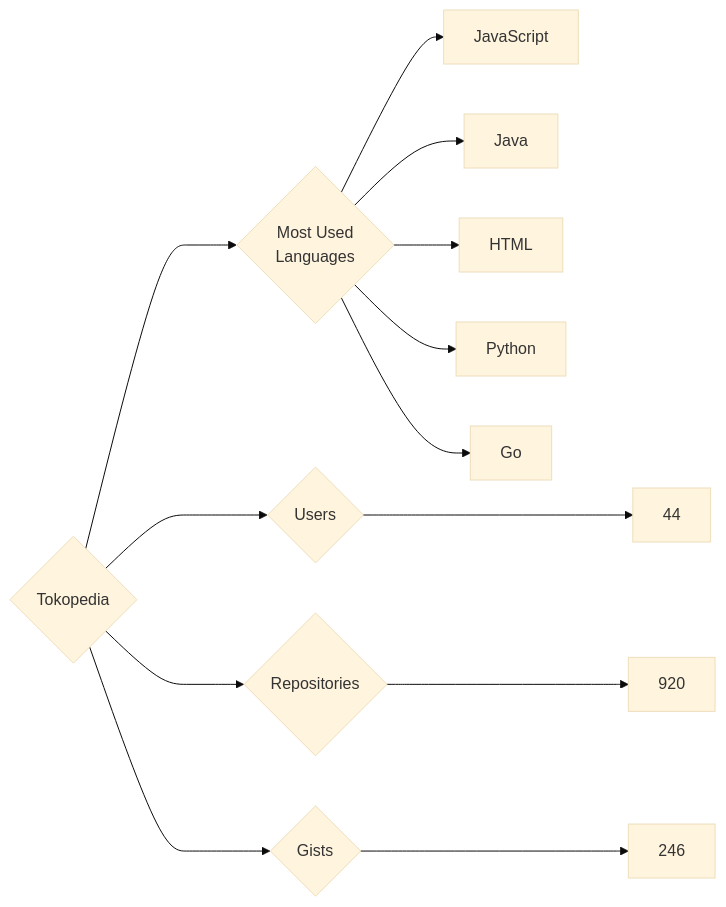
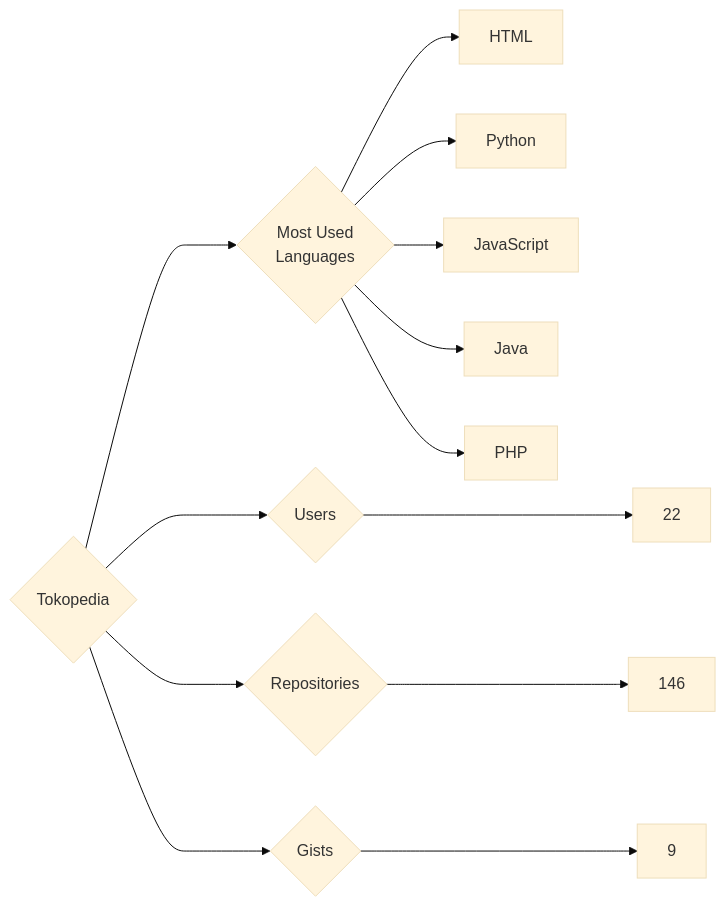
One commit to trickest/insiders changed the diagram in targets/Tokopedia/README.md. Above: the diagram before and after it, drawn with Mermaid (base theme). The commit also changed 582 other files, not shown here.

````diff
--- a/targets/Tokopedia/README.md
+++ b/targets/Tokopedia/README.md
@@ -3,13 +3,13 @@
 ```mermaid
 graph LR
 COMPANY_NAME{Tokopedia}
-COMPANY_NAME ---> U{Users} ---> UN[44]
-COMPANY_NAME ---> R{Repositories} ---> RN[920]
-COMPANY_NAME ---> G{Gists} ---> GN[246]
+COMPANY_NAME ---> U{Users} ---> UN[22]
+COMPANY_NAME ---> R{Repositories} ---> RN[146]
+COMPANY_NAME ---> G{Gists} ---> GN[9]
 COMPANY_NAME ---> ML{Most Used<br>Languages}
+ML --> HTML[HTML]
+ML --> Python[Python]
 ML --> JavaScript[JavaScript]
 ML --> Java[Java]
-ML --> HTML[HTML]
-ML --> Python[Python]
-ML --> Go[Go]
+ML --> PHP[PHP]
 ```
````
